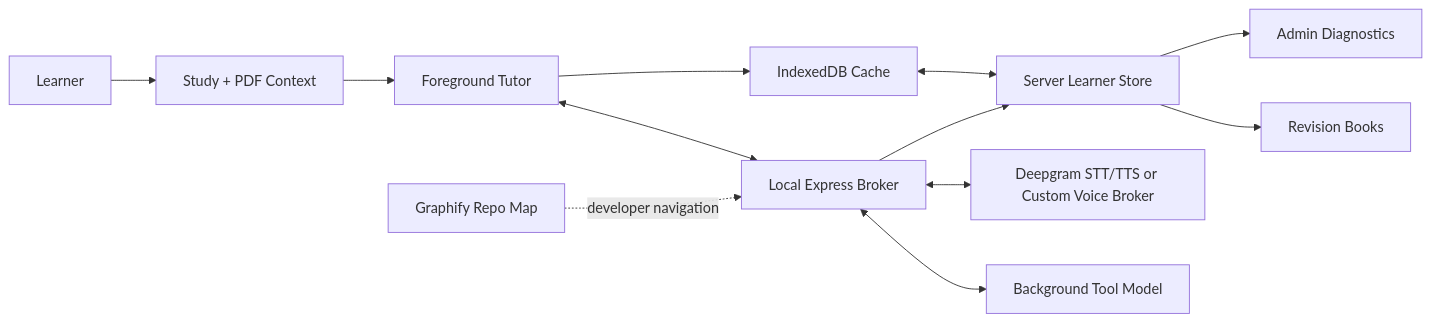
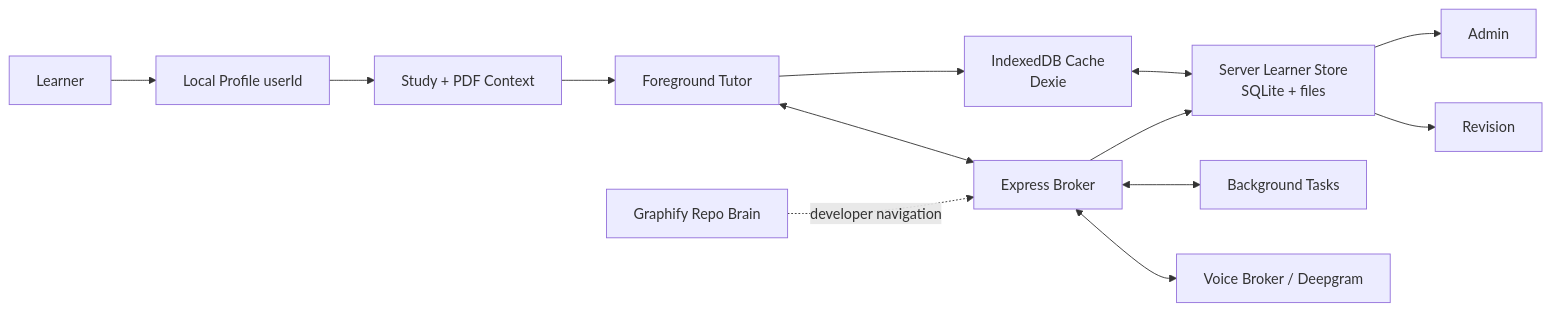
One commit to MohamedFuad16/Tutor-System changed the diagram in README.md. Above: the diagram before and after it, drawn with Mermaid. The commit also changed other lines of this file, not shown here.

````diff
--- a/README.md
+++ b/README.md
@@ -16,26 +132,28 @@
 ```mermaid
 flowchart LR
   User["Learner"]
+  Profile["Local Profile userId"]
   Study["Study + PDF Context"]
   Chat["Foreground Tutor"]
-  Broker["Local Express Broker"]
-  Background["Background Tool Model"]
-  Voice["Deepgram STT/TTS or Custom Voice Broker"]
-  ServerStore["Server Learner Store"]
-  Cache["IndexedDB Cache"]
-  Revision["Revision Books"]
-  Admin["Admin Diagnostics"]
-  Graphify["Graphify Repo Map"]
+  Broker["Express Broker"]
+  Voice["Voice Broker / Deepgram"]
+  Background["Background Tasks"]
+  ServerStore["Server Learner Store<br/>SQLite + files"]
+  Cache["IndexedDB Cache<br/>Dexie"]
+  Revision["Revision"]
+  Admin["Admin"]
+  Graphify["Graphify Repo Brain"]
 
-  User --> Study
+  User --> Profile
+  Profile --> Study
   Study --> Chat
   Chat <--> Broker
+  Broker <--> Voice
   Broker <--> Background
-  Broker <--> Voice
   Broker --> ServerStore
   Chat --> Cache
   Cache <--> ServerStore
   ServerStore --> Revision
   ServerStore --> Admin
   Graphify -. developer navigation .-> Broker
 ```
````
